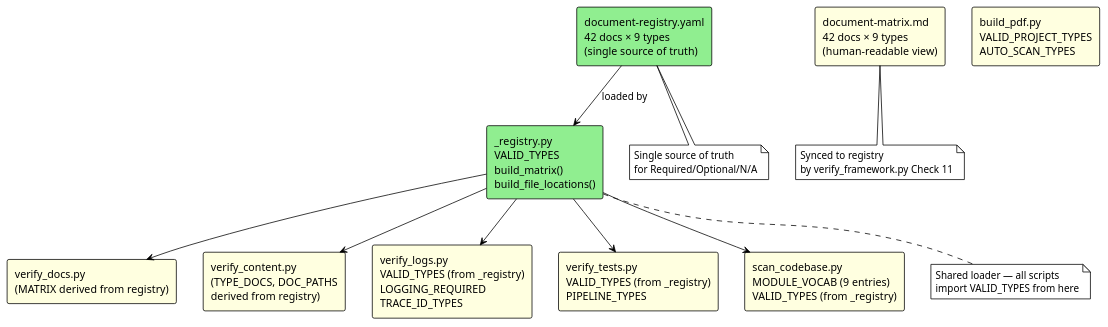
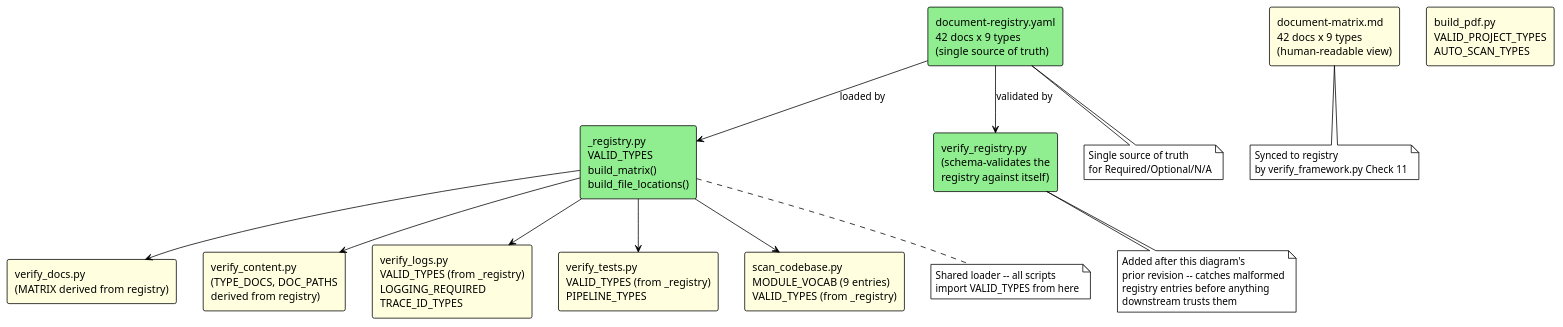
The second of 2 diagrams in docs/architecture-analysis.md (uchetsai-creator/project_starter_v5), drawn with PlantUML before and after one commit. The commit also changed other lines of this file, not shown here.

Commit message:
docs: refresh architecture-analysis.md to match current framework

````diff
--- a/docs/architecture-analysis.md
+++ b/docs/architecture-analysis.md
@@ -82,28 +160,31 @@
 ```plantuml
 @startuml coupling-graph
 !theme plain
 
 rectangle "_registry.py\nVALID_TYPES\nbuild_matrix()\nbuild_file_locations()" as reg #LightGreen
-rectangle "document-registry.yaml\n42 docs × 9 types\n(single source of truth)" as yaml #LightGreen
+rectangle "document-registry.yaml\n42 docs x 9 types\n(single source of truth)" as yaml #LightGreen
+rectangle "verify_registry.py\n(schema-validates the\nregistry against itself)" as vreg #LightGreen
 
 rectangle "verify_docs.py\n(MATRIX derived from registry)" as vd #LightYellow
 rectangle "verify_content.py\n(TYPE_DOCS, DOC_PATHS\nderived from registry)" as vc #LightYellow
-rectangle "document-matrix.md\n42 docs × 9 types\n(human-readable view)" as dm #LightYellow
+rectangle "document-matrix.md\n42 docs x 9 types\n(human-readable view)" as dm #LightYellow
 
 rectangle "verify_logs.py\nVALID_TYPES (from _registry)\nLOGGING_REQUIRED\nTRACE_ID_TYPES" as vl #LightYellow
 rectangle "verify_tests.py\nVALID_TYPES (from _registry)\nPIPELINE_TYPES" as vt #LightYellow
 rectangle "build_pdf.py\nVALID_PROJECT_TYPES\nAUTO_SCAN_TYPES" as bp #LightYellow
 rectangle "scan_codebase.py\nMODULE_VOCAB (9 entries)\nVALID_TYPES (from _registry)" as sc #LightYellow
 
 yaml --> reg : loaded by
+yaml --> vreg : validated by
 reg --> vd
 reg --> vc
 reg --> vl
 reg --> vt
 reg --> sc
 
 note bottom of yaml : Single source of truth\nfor Required/Optional/N/A
-note bottom of reg : Shared loader — all scripts\nimport VALID_TYPES from here
+note bottom of reg : Shared loader -- all scripts\nimport VALID_TYPES from here
 note bottom of dm : Synced to registry\nby verify_framework.py Check 11
+note bottom of vreg : Added after this diagram's\nprior revision -- catches malformed\nregistry entries before anything\ndownstream trusts them
 @enduml
 ```
````
